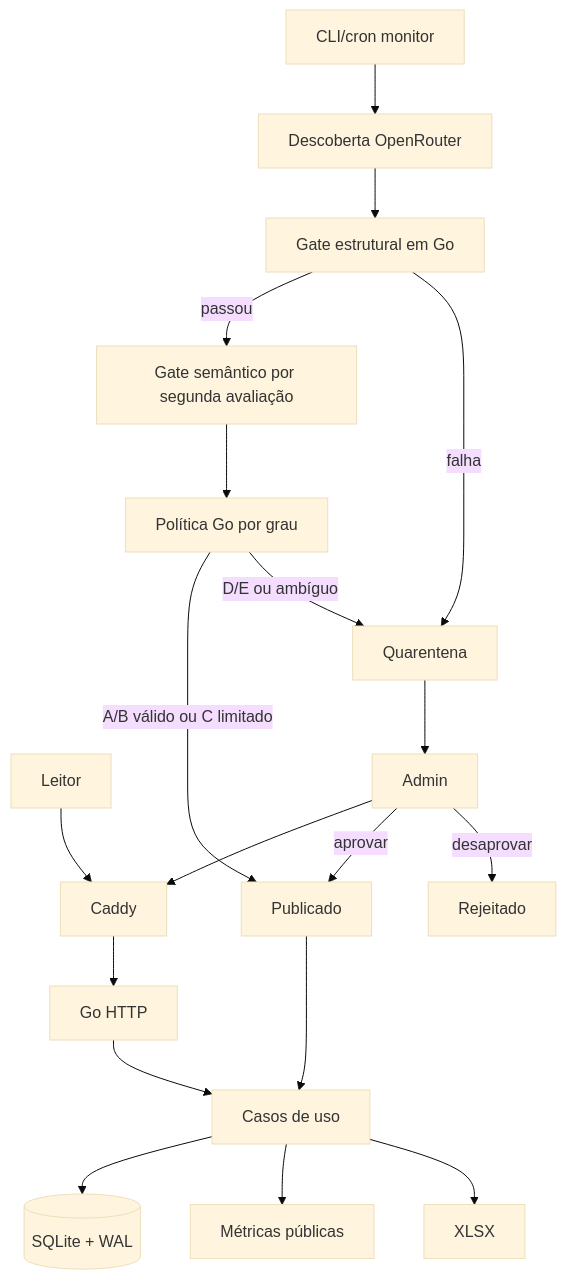
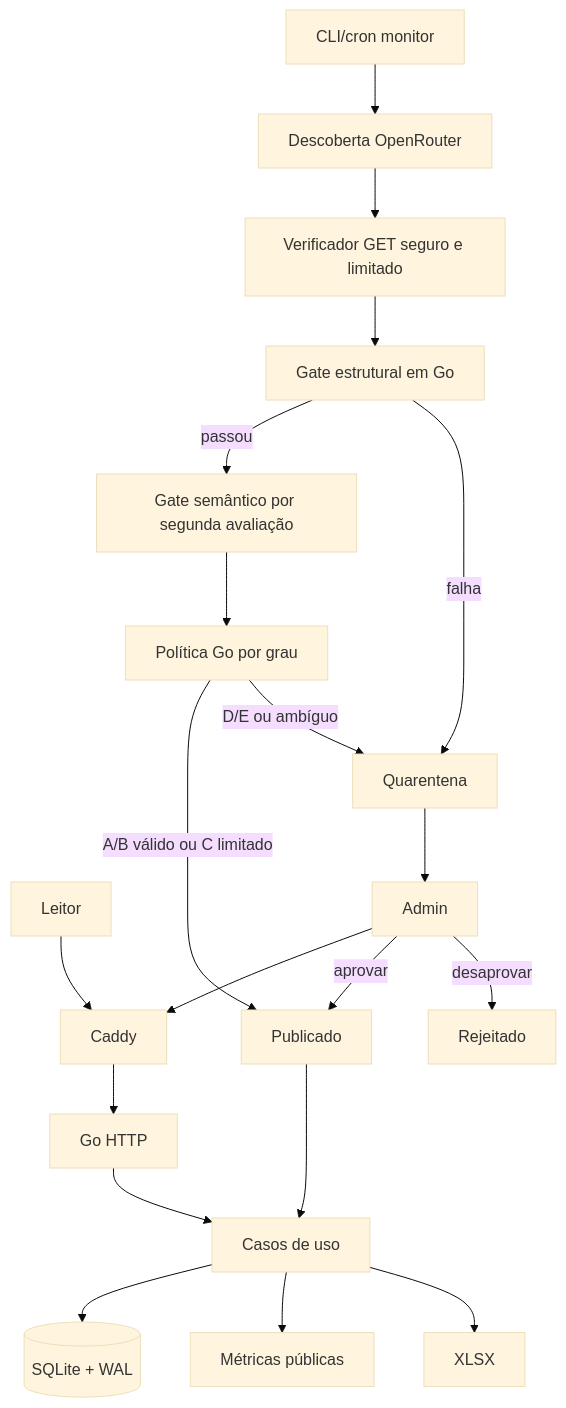
One commit to raphaieu/vorcarozap changed the diagram in docs/04-arquitetura.md. Above: the diagram before and after it, drawn with Mermaid (base theme). The commit also changed other lines of this file and 17 other files, not shown here.

````diff
--- a/docs/04-arquitetura.md
+++ b/docs/04-arquitetura.md
@@ -7,21 +7,22 @@
 ```mermaid
 flowchart TB
   L[Leitor] --> C[Caddy]
   A[Admin] --> C
   C --> H[Go HTTP]
   H --> APP[Casos de uso]
   MON[CLI/cron monitor] --> RP[Descoberta OpenRouter]
-  RP --> GE[Gate estrutural em Go]
+  RP --> AV[Verificador GET seguro e limitado]
+  AV --> GE[Gate estrutural em Go]
   GE -->|passou| GS[Gate semântico por segunda avaliação]
   GE -->|falha| Q[Quarentena]
   GS --> POL[Política Go por grau]
   POL -->|A/B válido ou C limitado| PUB[Publicado]
   POL -->|D/E ou ambíguo| Q
   Q --> A
   A -->|aprovar| PUB
   A -->|desaprovar| REJ[Rejeitado]
   PUB --> APP
   APP --> DB[(SQLite + WAL)]
   APP --> MET[Métricas públicas]
   APP --> EXP[XLSX]
 ```
````
